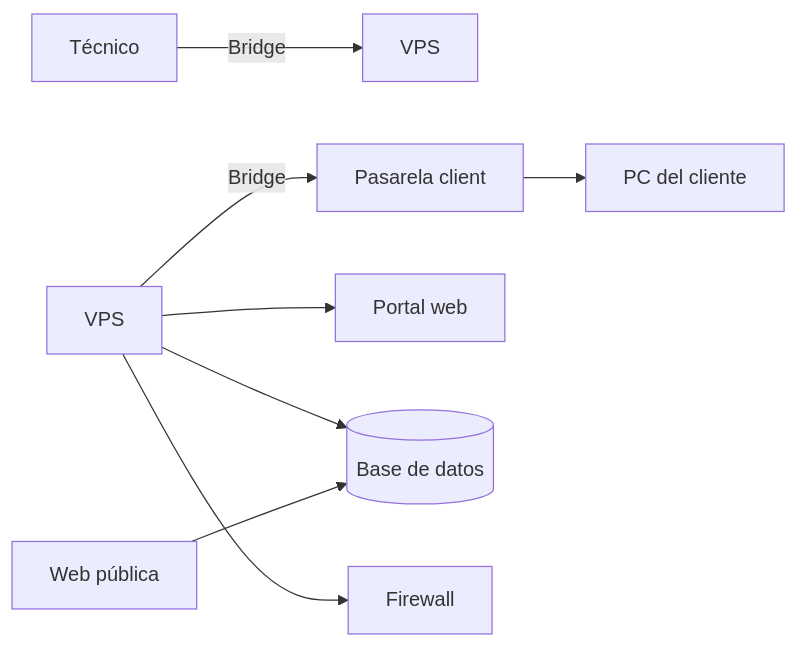
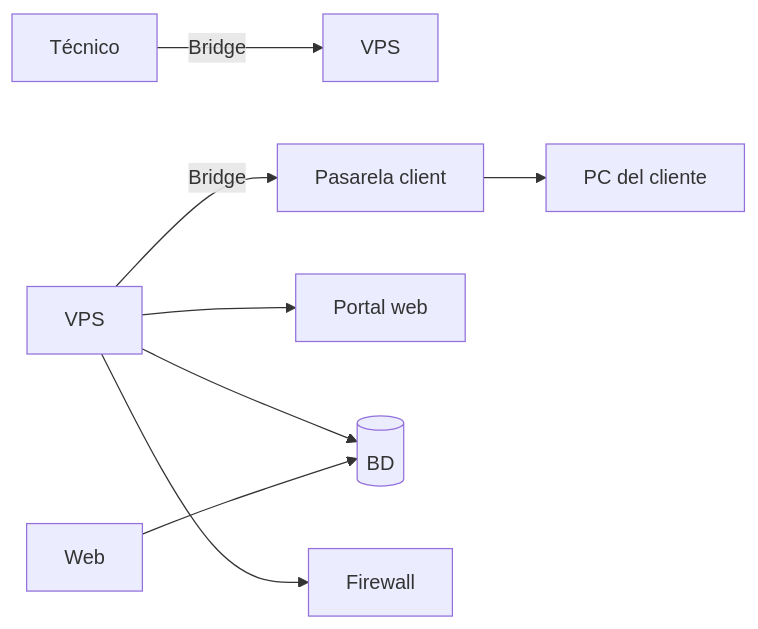
Before and after one commit to Afix-MAB/RBridge: the second of 2 diagrams in esborrany.md, drawn with Mermaid.

````diff
--- a/esborrany.md
+++ b/esborrany.md
@@ -48,12 +48,12 @@
 ```mermaid
 flowchart LR
     T[Técnico] -->|Bridge| V[VPS]
     VPS -->|Bridge| P[Pasarela client]
     P --> PC[PC del cliente]
 
     VPS --> Portal[Portal web]
-    VPS --> DB[(Base de datos)]
+    VPS --> DB[(BD)]
     VPS --> FW[Firewall]
 
-    WPub[Web pública] --> DB
+    WPub[Web] --> DB
 ```
````
